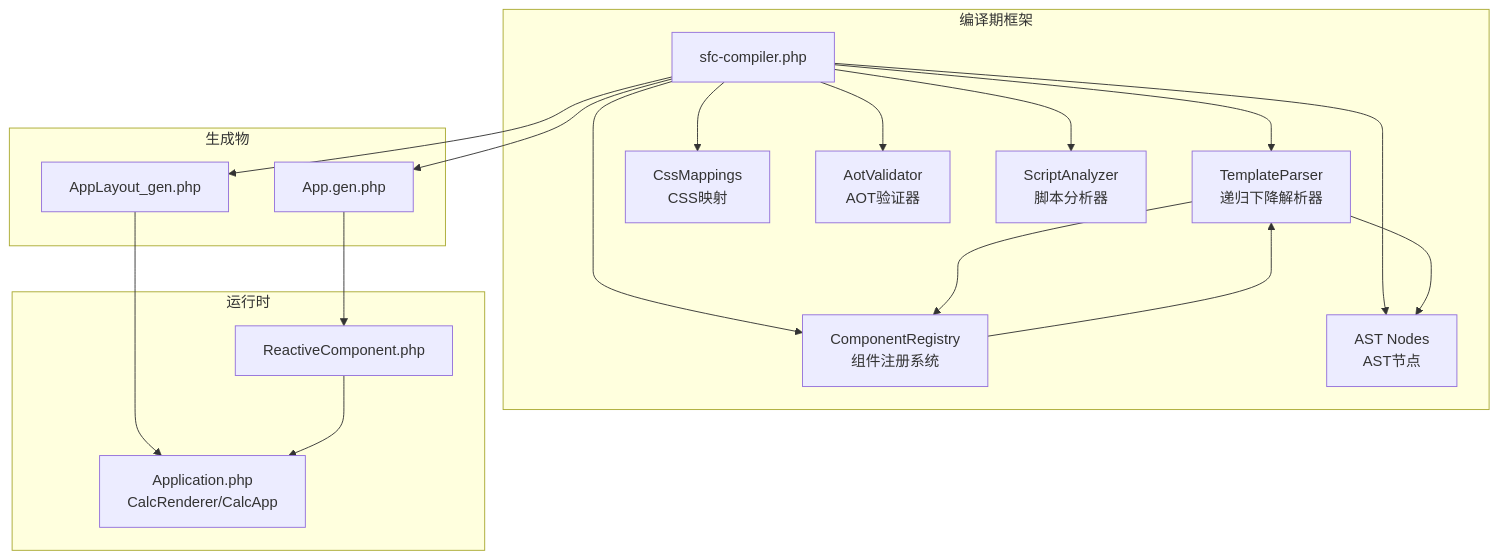
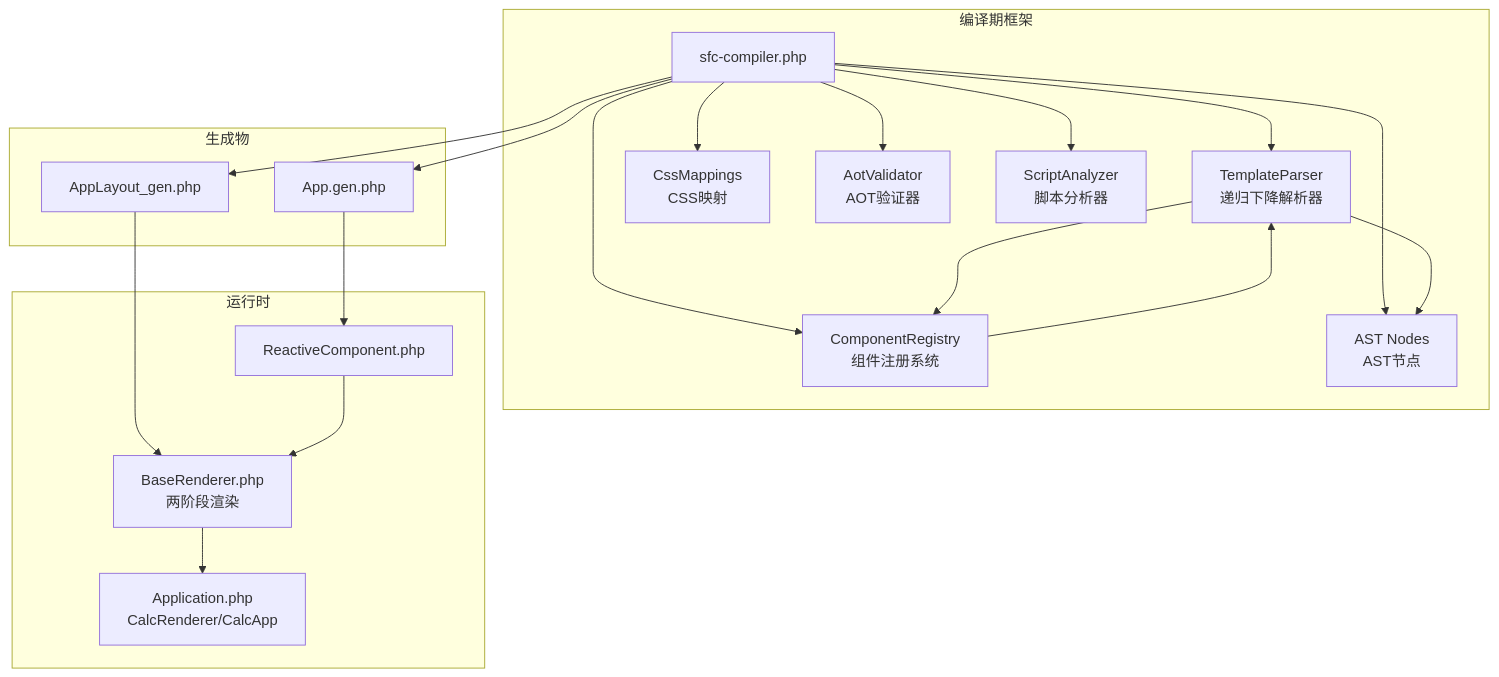
Before and after one commit to xingye00186/PHP-Data-UI-Framework-powered-by-swooleAOT: the first of 13 diagrams in .qoder/repowiki/zh/content/SFC编译器系统/SFC编译器系统.md, drawn with Mermaid. The commit also changed other lines of this file and 37 other files, not shown here.

````diff
--- a/.qoder/repowiki/zh/content/SFC编译器系统/SFC编译器系统.md
+++ b/.qoder/repowiki/zh/content/SFC编译器系统/SFC编译器系统.md
@@ -51,34 +52,36 @@
 ```mermaid
 graph TB
 subgraph "编译期框架"
 SFC["sfc-compiler.php"]
 TP["TemplateParser<br/>递归下降解析器"]
 CR["ComponentRegistry<br/>组件注册系统"]
 CM["CssMappings<br/>CSS映射"]
 AV["AotValidator<br/>AOT验证器"]
 AN["AST Nodes<br/>AST节点"]
 SA["ScriptAnalyzer<br/>脚本分析器"]
 end
 subgraph "生成物"
 GEN["App.gen.php"]
 LAYOUT["AppLayout_gen.php"]
 end
 subgraph "运行时"
 RC["ReactiveComponent.php"]
+BR["BaseRenderer.php<br/>两阶段渲染"]
 APP["Application.php<br/>CalcRenderer/CalcApp"]
 end
 SFC --> TP
 SFC --> CR
 SFC --> CM
 SFC --> AN
 SFC --> SA
 TP --> AN
 TP --> CR
 CR --> TP
 SFC --> AV
 SFC --> GEN
 SFC --> LAYOUT
 GEN --> RC
-LAYOUT --> APP
-RC --> APP
+LAYOUT --> BR
+RC --> BR
+BR --> APP
 ```
````
